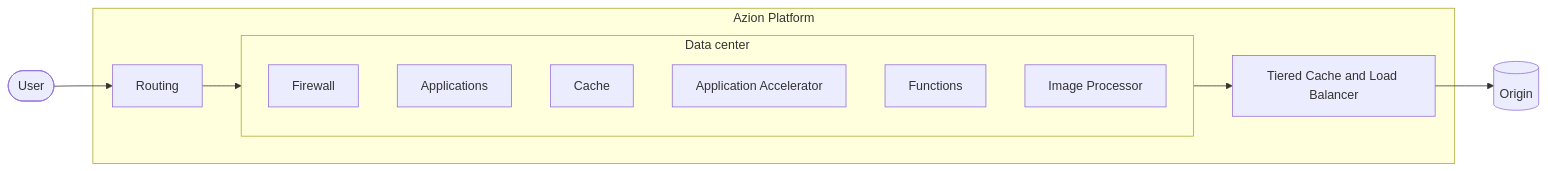
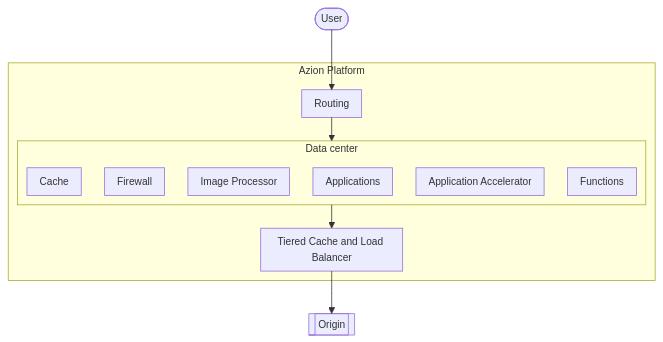
Before and after one commit to aziontech/docs: the diagram in apps/docs/src/content/docs/en/pages/main-menu/get-started/azion-platform-overview.mdx, drawn with Mermaid. The commit also changed 179 other files, not shown here.

Commit message:
docs(diagrams): redraw every other diagram in the use-case diagram style (#2513)

````diff
--- a/apps/docs/src/content/docs/en/pages/main-menu/get-started/azion-platform-overview.mdx
+++ b/apps/docs/src/content/docs/en/pages/main-menu/get-started/azion-platform-overview.mdx
@@ -31,17 +31,18 @@
 ```mermaid
-flowchart LR
+%%{init: {"layout": "elk", "themeVariables": {"fontSize": "13px"}, "flowchart": {"nodeSpacing": 24, "rankSpacing": 36, "padding": 8, "wrappingWidth": 150, "useMaxWidth": true}, "sequence": {"width": 120, "actorMargin": 30, "useMaxWidth": true}}}%%
+flowchart TD
   user([User]) --> routing[Routing]
   subgraph platform [Azion Platform]
     routing --> dc
     subgraph dc [Data center]
       firewall[Firewall]
       applications[Applications]
       cache[Cache]
       accelerator[Application Accelerator]
       functions[Functions]
       image[Image Processor]
     end
     dc --> delivery[Tiered Cache and Load Balancer]
   end
-  delivery --> origin[(Origin)]
+  delivery --> origin[[Origin]]
 ```
````
